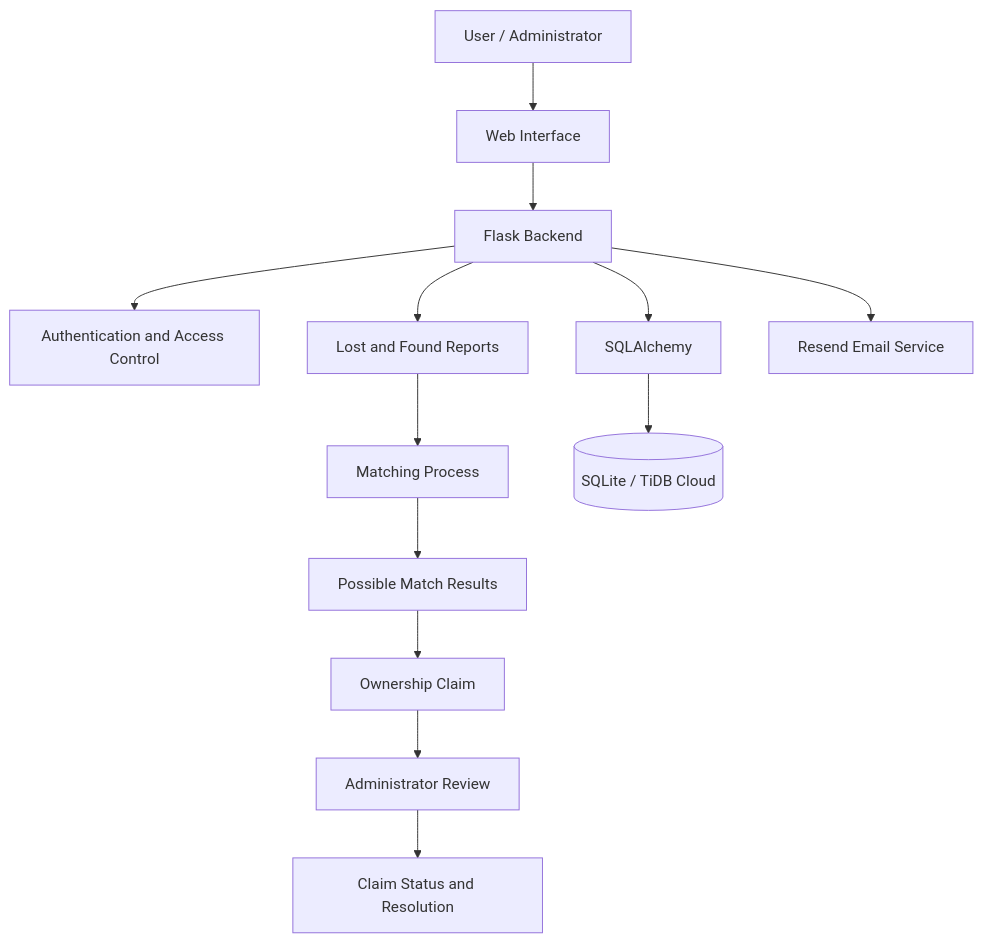
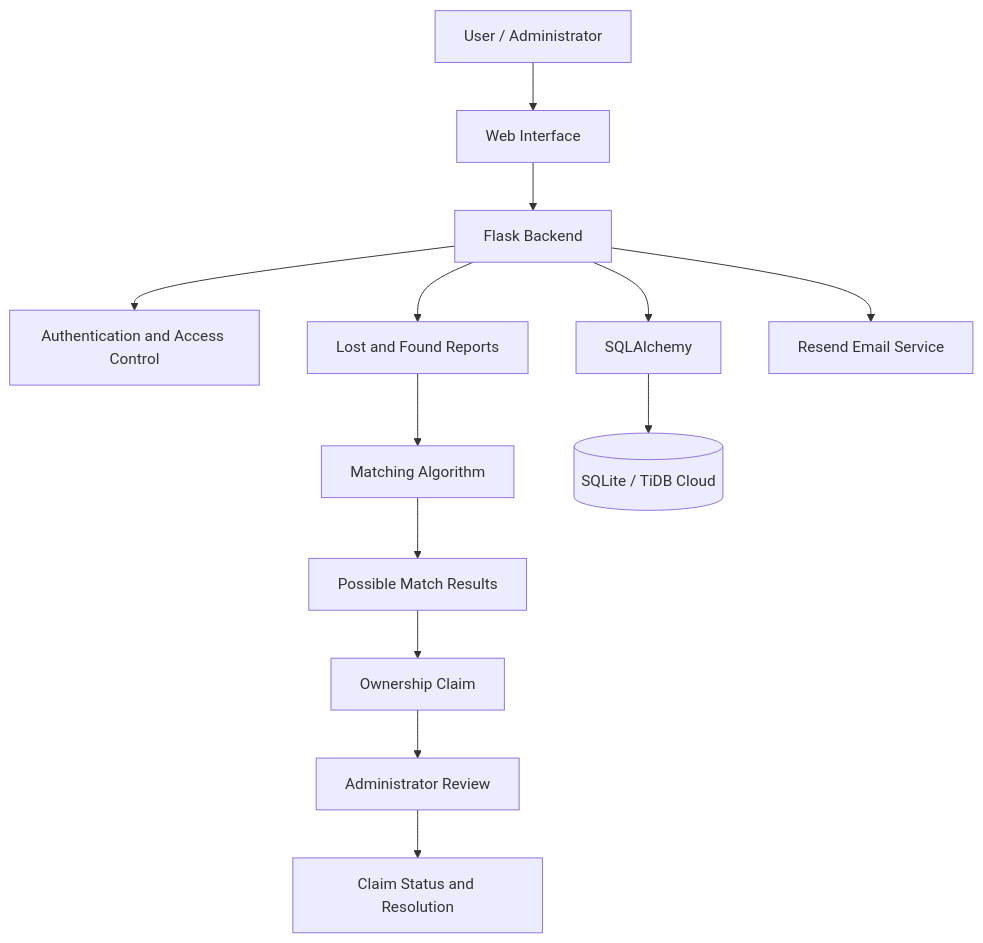
One commit to ShaikhVaiz/lost-and-found-registry changed the diagram in README.md. Above: the diagram before and after it, drawn with Mermaid. The commit also changed other lines of this file, not shown here.

````diff
--- a/README.md
+++ b/README.md
@@ -127,15 +134,20 @@
 ```mermaid
 flowchart TD
     A[User / Administrator] --> B[Web Interface]
     B --> C[Flask Backend]
+
     C --> D[Authentication and Access Control]
     C --> E[Lost and Found Reports]
-    E --> F[Matching Process]
+
+    E --> F[Matching Algorithm]
     F --> G[Possible Match Results]
+
     G --> H[Ownership Claim]
     H --> I[Administrator Review]
     I --> J[Claim Status and Resolution]
+
     C --> K[SQLAlchemy]
     K --> L[(SQLite / TiDB Cloud)]
+
     C --> M[Resend Email Service]
 ```
````
